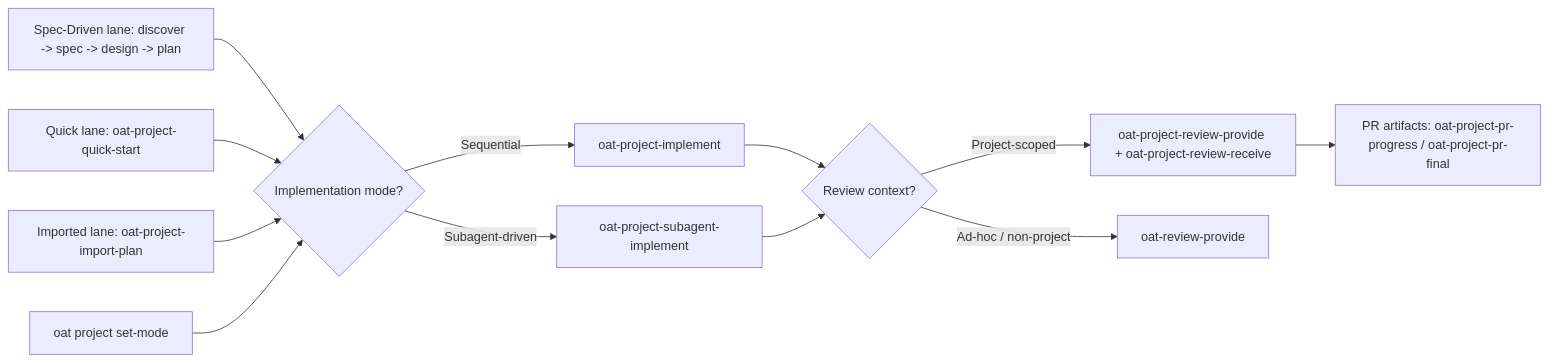
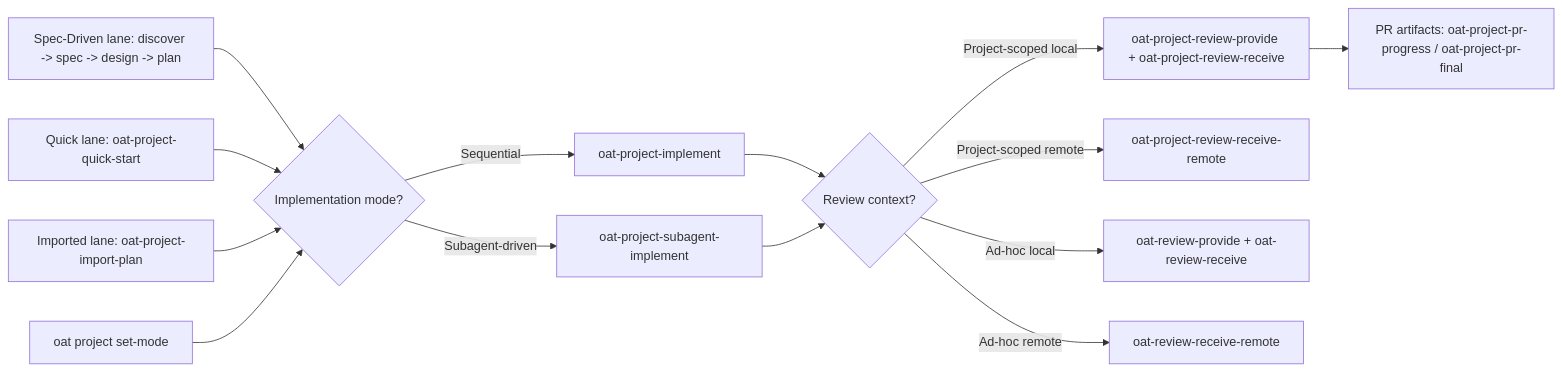
One commit to tkstang/open-agent-toolkit changed the second of 2 diagrams in README.md. Above: the diagram before and after it, drawn with Mermaid. The commit also changed other lines of this file and 2 other files, not shown here.

First line of the commit message:
docs: add new review-receive skills to documentation

````diff
--- a/README.md
+++ b/README.md
@@ -223,14 +224,16 @@
 ```mermaid
 flowchart LR
   SpecDriven["Spec-Driven lane: discover -> spec -> design -> plan"] --> Mode{"Implementation mode?"}
   Quick["Quick lane: oat-project-quick-start"] --> Mode
   Import["Imported lane: oat-project-import-plan"] --> Mode
   Mode -->|Sequential| ImplementSeq["oat-project-implement"]
   Mode -->|Subagent-driven| ImplementSub["oat-project-subagent-implement"]
   SetMode["oat project set-mode <mode>"] --> Mode
   ImplementSeq --> Review{"Review context?"}
   ImplementSub --> Review
-  Review -->|Project-scoped| ProjectReview["oat-project-review-provide + oat-project-review-receive"]
-  Review -->|Ad-hoc / non-project| AdHocReview["oat-review-provide"]
+  Review -->|Project-scoped local| ProjectReview["oat-project-review-provide + oat-project-review-receive"]
+  Review -->|Project-scoped remote| ProjectReviewRemote["oat-project-review-receive-remote"]
+  Review -->|Ad-hoc local| AdHocReview["oat-review-provide + oat-review-receive"]
+  Review -->|Ad-hoc remote| AdHocReviewRemote["oat-review-receive-remote"]
   ProjectReview --> PR["PR artifacts: oat-project-pr-progress / oat-project-pr-final"]
 ```
````
